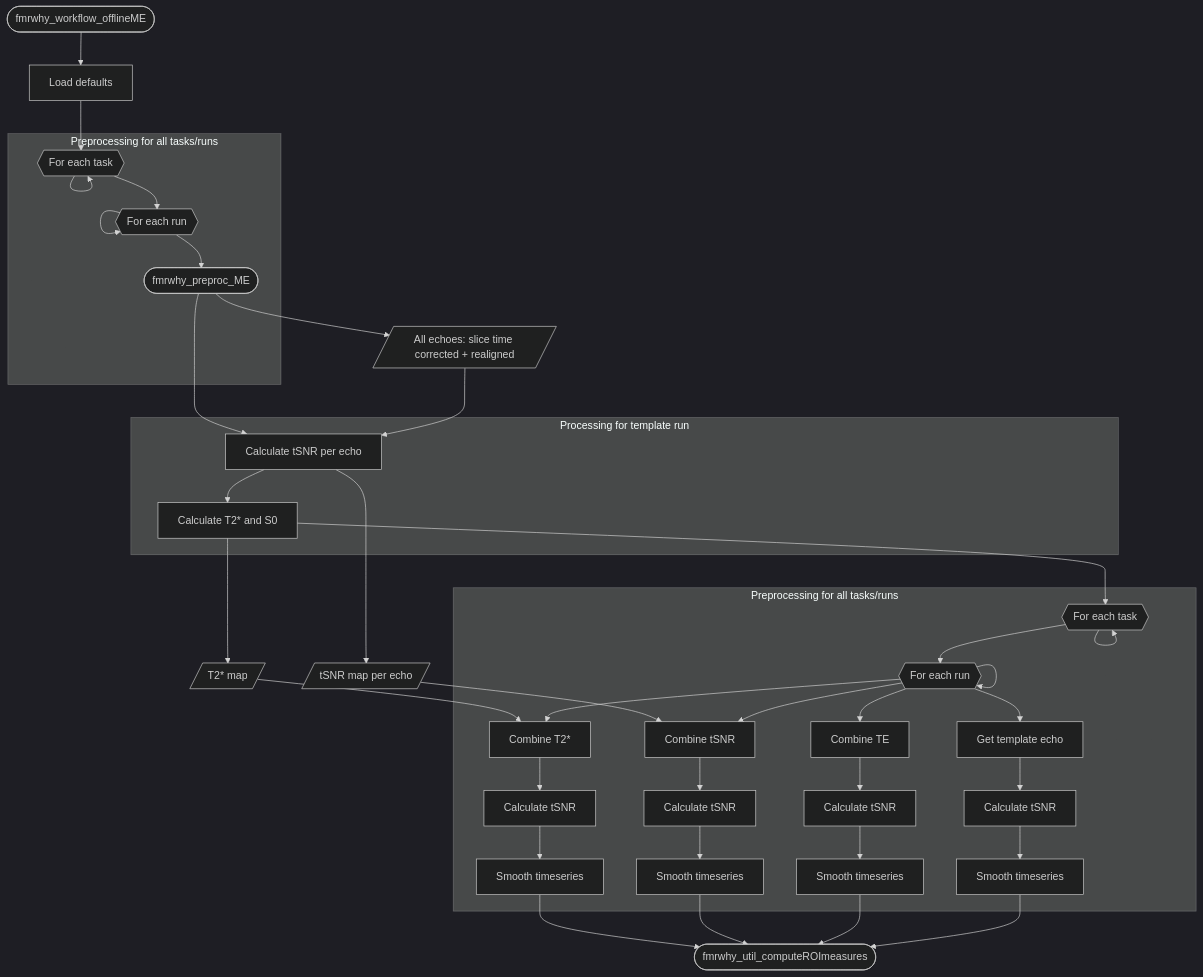
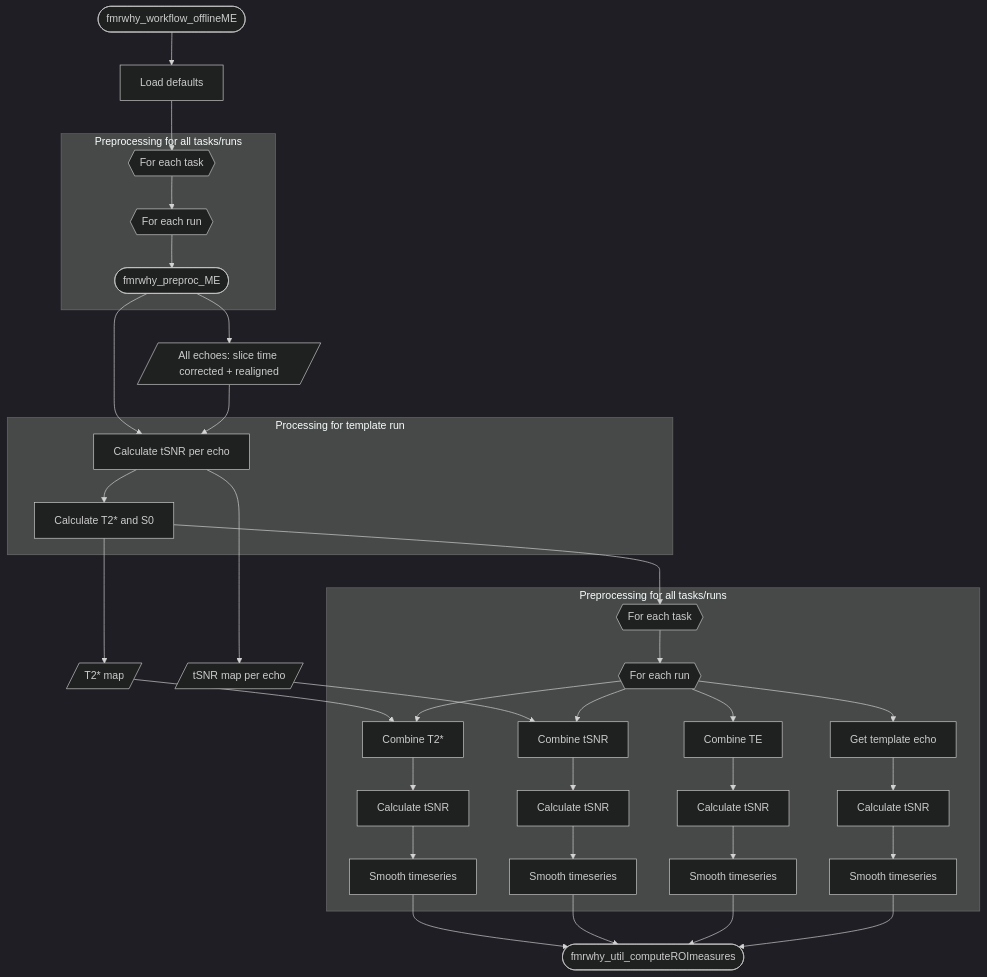
Before and after one commit to jsheunis/fMRwhy: the second of 2 diagrams in diagrams.md, drawn with Mermaid (dark theme). The commit also changed other lines of this file and 37 other files, not shown here.

````diff
--- a/diagrams.md
+++ b/diagrams.md
@@ -50,75 +44,71 @@
 ```mermaid
 
 graph TD
     A([fmrwhy_workflow_offlineME])
     B[Load defaults]
     C{{For each task}}
     D{{For each run}}
     E([fmrwhy_preproc_ME])
     F[Calculate tSNR per echo]
     G[/All echoes: slice time corrected + realigned/]
     H[Calculate T2* and S0]
     I{{For each task}}
     J{{For each run}}
     K1[Combine T2*]
     K2[Combine tSNR]
     K3[Combine TE]
     L1[/T2* map/]
     L2[/tSNR map per echo/]
     M[Get template echo]
     N1[Calculate tSNR]
     N2[Calculate tSNR]
     N3[Calculate tSNR]
     N4[Calculate tSNR]
     O1[Smooth timeseries]
     O2[Smooth timeseries]
     O3[Smooth timeseries]
     O4[Smooth timeseries]
     P([fmrwhy_util_computeROImeasures])
 
     A --> B
     B --> C
     E --> F
     E --> G
     G --> F
     H --> I
     F --> L2
     H --> L1
     L1 --> K1
     L2 --> K2
     O1 --> P
     O2 --> P
     O3 --> P
     O4 --> P
 
     
 
     subgraph Preprocessing for all tasks/runs
-    C --> C
     C --> D
-    D --> D
     D --> E
     end
 
     subgraph Processing for template run
     F --> H
     end
 
     subgraph Preprocessing for all tasks/runs
-    I --> I
     I --> J
-    J --> J
     J --> K1
     J --> K2
     J --> K3
     J --> M
     K1 --> N1
     K2 --> N2
     K3 --> N3
     M --> N4
     N1 --> O1
     N2 --> O2
     N3 --> O3
     N4 --> O4
     end
 ```
````
